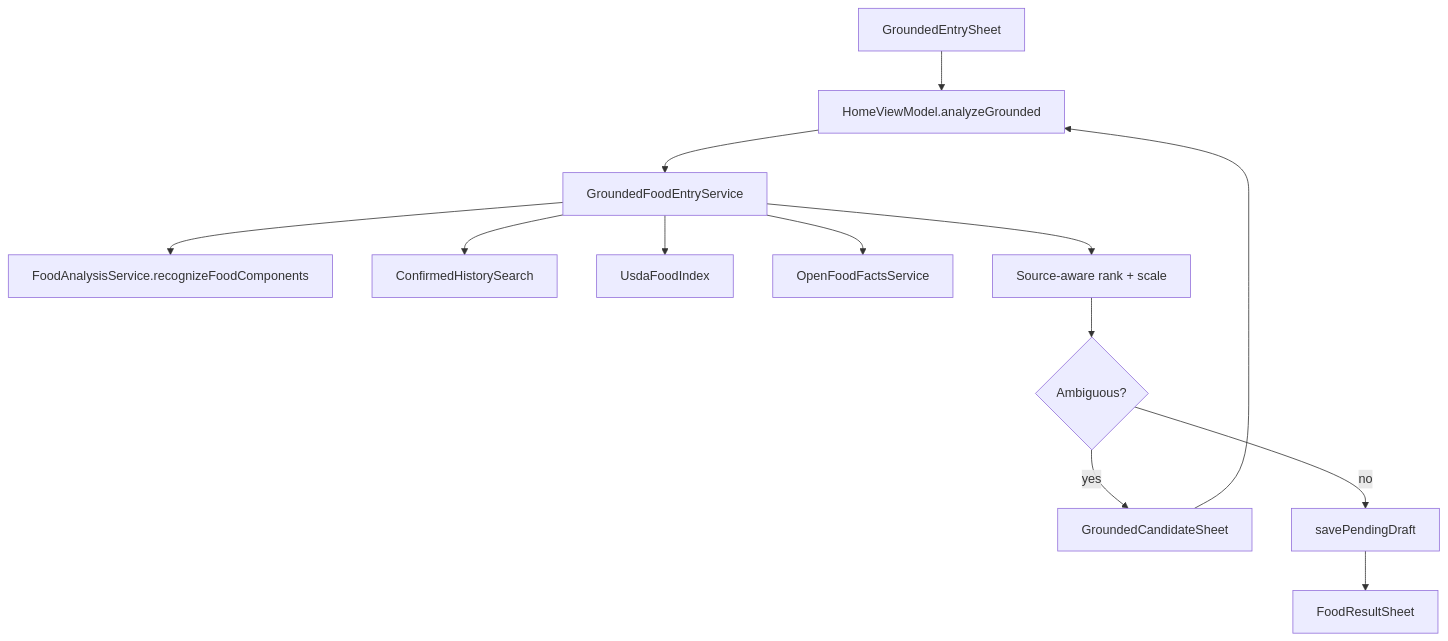
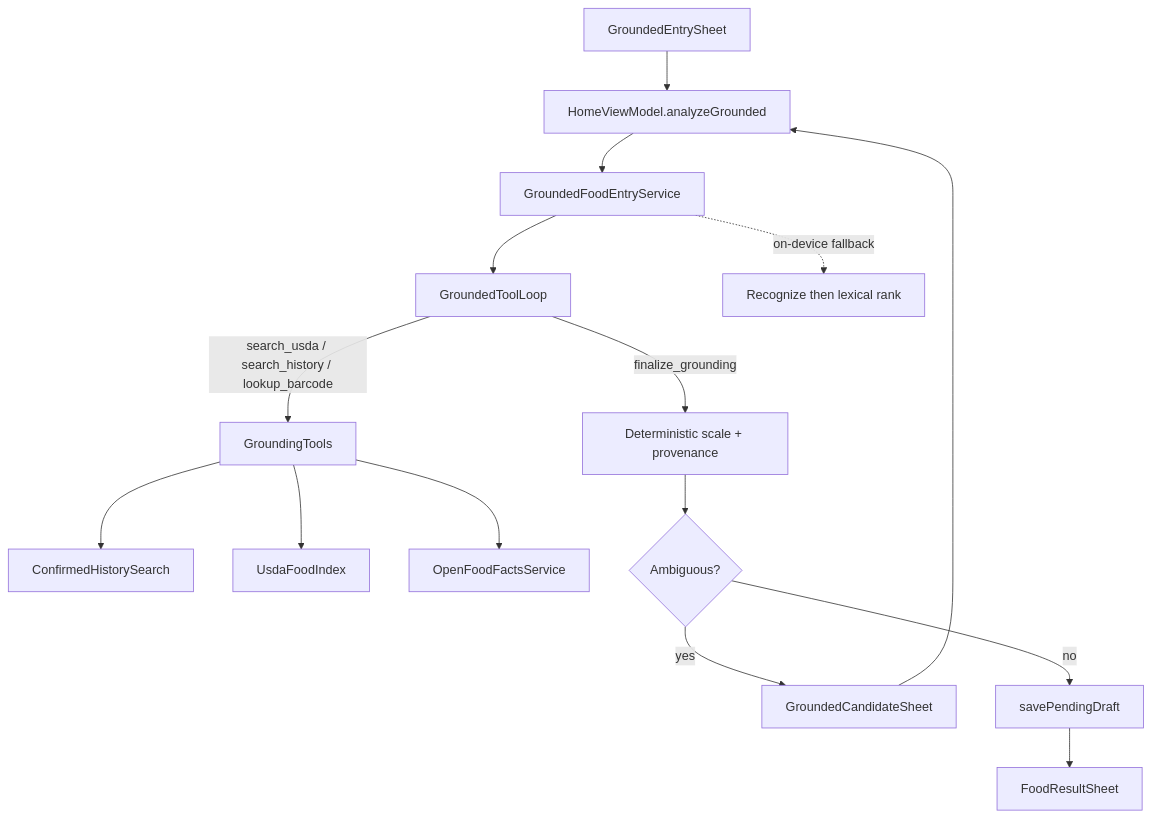
Before and after one commit to fitguyfitguy/Chompass: the diagram in docs/GROUNDED_ENTRY.md, drawn with Mermaid. The commit also changed other lines of this file and 18 other files, not shown here.

First line of the commit message:
Add experimental grounded entry tool loop (UI disabled).

````diff
--- a/docs/GROUNDED_ENTRY.md
+++ b/docs/GROUNDED_ENTRY.md
@@ -64,15 +131,17 @@
 ```mermaid
 flowchart TD
   Sheet[GroundedEntrySheet] --> HVM[HomeViewModel.analyzeGrounded]
   HVM --> GFE[GroundedFoodEntryService]
-  GFE --> Rec[FoodAnalysisService.recognizeFoodComponents]
-  GFE --> Hist[ConfirmedHistorySearch]
-  GFE --> Usda[UsdaFoodIndex]
-  GFE --> Off[OpenFoodFactsService]
-  GFE --> Rank[Source-aware rank + scale]
-  Rank --> Cand{Ambiguous?}
+  GFE --> Loop[GroundedToolLoop]
+  Loop -->|"search_usda / search_history / lookup_barcode"| Tools[GroundingTools]
+  Tools --> Hist[ConfirmedHistorySearch]
+  Tools --> Usda[UsdaFoodIndex]
+  Tools --> Off[OpenFoodFactsService]
+  Loop -->|"finalize_grounding"| Scale[Deterministic scale + provenance]
+  Scale --> Cand{Ambiguous?}
   Cand -->|yes| Review[GroundedCandidateSheet]
   Review --> HVM
   Cand -->|no| Draft[savePendingDraft]
   Draft --> Result[FoodResultSheet]
+  GFE -.->|on-device fallback| Det[Recognize then lexical rank]
 ```
````
